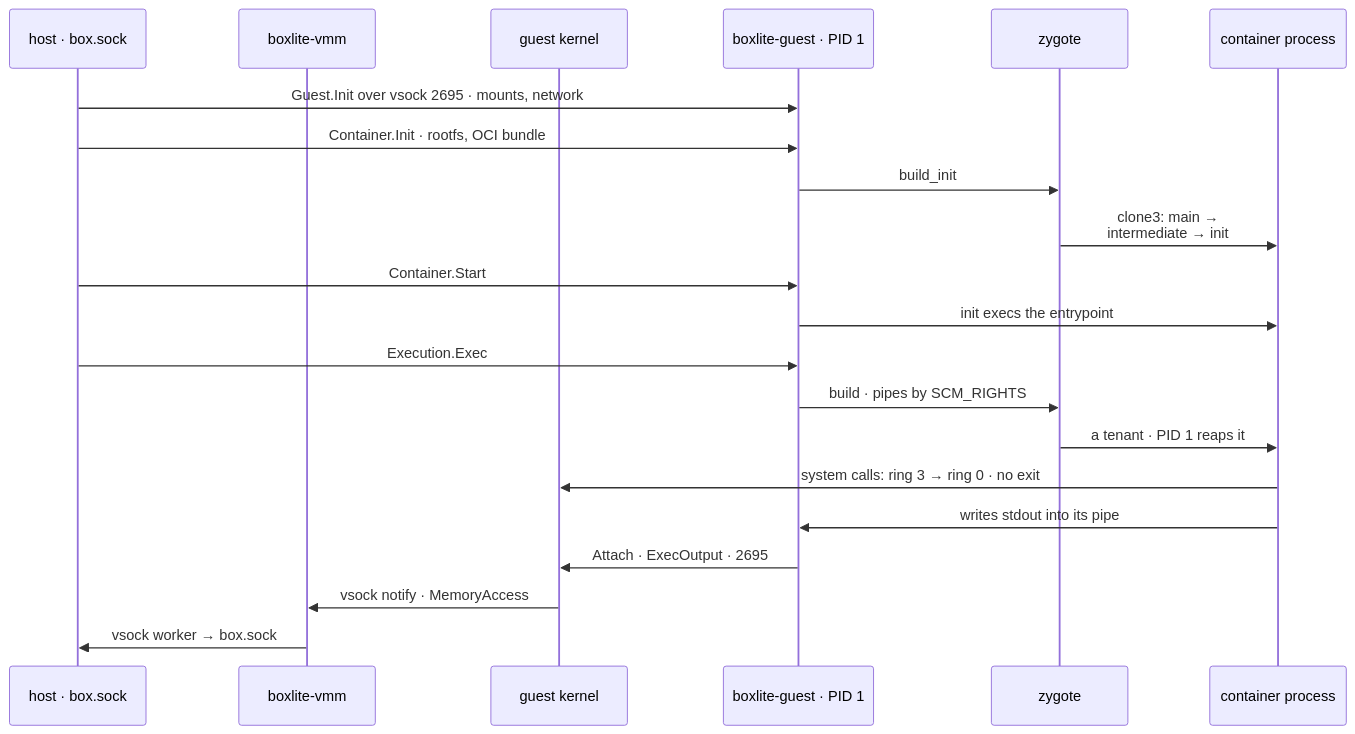
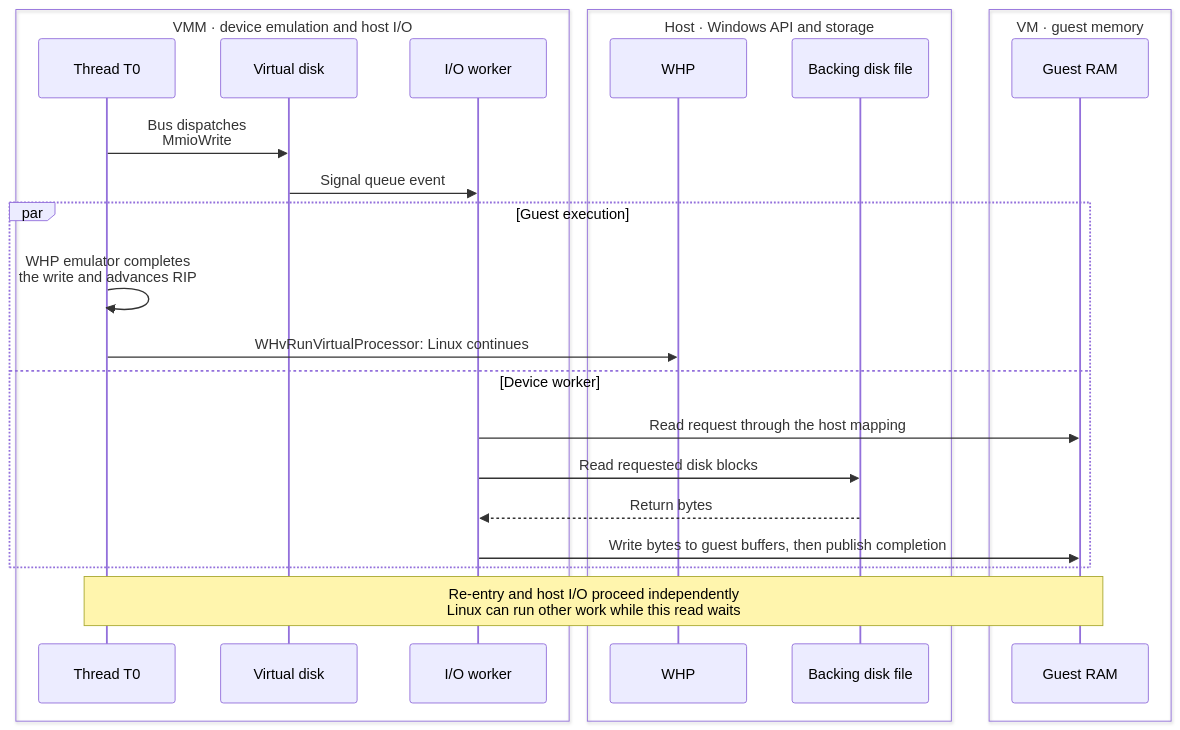
One commit to boxlite-ai/boxlite changed the seventh of 12 diagrams in docs/architecture/vmm/whp.md. Above: the diagram before and after it, drawn with Mermaid. The commit also changed other lines of this file and 3 other files, not shown here.

````diff
--- a/docs/architecture/vmm/whp.md
+++ b/docs/architecture/vmm/whp.md
@@ -144,37 +204,35 @@
 ```mermaid
 sequenceDiagram
-  participant host as host · box.sock
-  participant vm as boxlite-vmm
-  participant kernel as guest kernel
-  participant init as boxlite-guest · PID 1
-  participant zygote as zygote
-  participant proc as container process
-  %% edge:p_guest_init
-  host->>init: Guest.Init over vsock 2695 · mounts, network
-  %% edge:p_container_init
-  host->>init: Container.Init · rootfs, OCI bundle
-  %% edge:p_build_init
-  init->>zygote: build_init
-  %% edge:p_clone
-  zygote->>proc: clone3: main →<br/>intermediate → init
-  %% edge:p_start
-  host->>init: Container.Start
-  %% edge:p_entry
-  init->>proc: init execs the entrypoint
-  %% edge:p_exec
-  host->>init: Execution.Exec
-  %% edge:p_build
-  init->>zygote: build · pipes by SCM_RIGHTS
-  %% edge:p_tenant
-  zygote->>proc: a tenant · PID 1 reaps it
-  %% edge:p_syscall
-  proc->>kernel: system calls: ring 3 → ring 0 · no exit
-  %% edge:p_write
-  proc->>init: writes stdout into its pipe
-  %% edge:p_attach
-  init->>kernel: Attach · ExecOutput · 2695
-  %% edge:p_notify
-  kernel->>vm: vsock notify · MemoryAccess
-  %% edge:p_host
-  vm->>host: vsock worker → box.sock
+  box VMM · device emulation and host I/O
+    participant thread0 as Thread T0
+    participant disk as Virtual disk
+    participant worker as I/O worker
+  end
+  box Host · Windows API and storage
+    participant host_api as WHP
+    participant disk_file as Backing disk file
+  end
+  box VM · guest memory
+    participant guest_ram as Guest RAM
+  end
+  %% edge:whp_8_e1
+  thread0->>disk: Bus dispatches<br/>MmioWrite
+  %% edge:whp_8_e2
+  disk->>worker: Signal queue event
+  par Guest execution
+  %% edge:whp_8_e3
+    thread0->>thread0: WHP emulator completes<br/>the write and advances RIP
+  %% edge:whp_8_e4
+    thread0->>host_api: WHvRunVirtualProcessor: Linux continues
+  and Device worker
+  %% edge:whp_8_e5
+    worker->>guest_ram: Read request through the host mapping
+  %% edge:whp_8_e6
+    worker->>disk_file: Read requested disk blocks
+  %% edge:whp_8_e7
+    disk_file-->>worker: Return bytes
+  %% edge:whp_8_e8
+    worker->>guest_ram: Write bytes to guest buffers, then publish completion
+  end
+  Note over thread0,guest_ram: Re-entry and host I/O proceed independently<br/>Linux can run other work while this read waits
 ```
````
